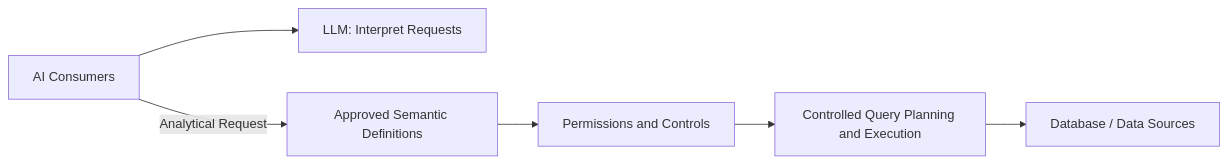
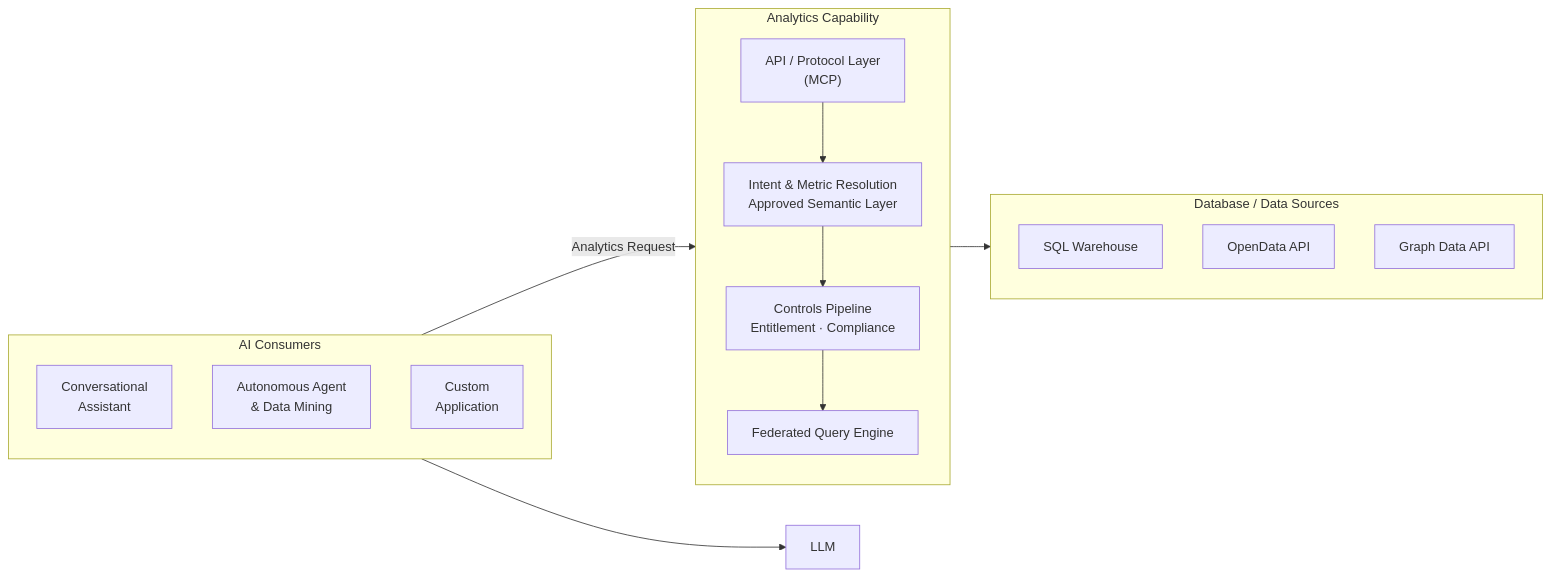
The second of 2 diagrams in docs/product/analytics/01-overview.md (M-A-Operating-System/shared-work), drawn with Mermaid before and after one commit. The commit also changed other lines of this file, not shown here.

Commit message:
docs: restore detailed overview comparison diagrams

````diff
--- a/docs/product/analytics/01-overview.md
+++ b/docs/product/analytics/01-overview.md
@@ -86,8 +103,29 @@
 ```mermaid
 flowchart LR
-    C["AI Consumers"] --> L["LLM: Interpret Requests"]
-    C -->|Analytical Request| S["Approved Semantic Definitions"]
-    S --> G["Permissions and Controls"]
-    G --> E["Controlled Query Planning and Execution"]
-    E --> D["Database / Data Sources"]
+    subgraph clients["AI Consumers"]
+        direction TB
+        C1["Conversational\nAssistant"]
+        C2["Autonomous Agent\n& Data Mining"]
+        C3["Custom\nApplication"]
+    end
+    L["LLM"]
+    subgraph platform["Analytics Capability"]
+        direction TB
+        M["API / Protocol Layer\n(MCP)"]
+        P1["Intent & Metric Resolution\nApproved Semantic Layer"]
+        P2["Controls Pipeline\nEntitlement · Compliance"]
+        P3["Federated Query Engine"]
+        M --> P1
+        P1 --> P2
+        P2 --> P3
+    end
+    subgraph data["Database / Data Sources"]
+        direction TB
+        D1["SQL Warehouse"]
+        D2["OpenData API"]
+        D3["Graph Data API"]
+    end
+    clients -->|Analytics Request| platform
+    clients --> L
+    platform --> data
 ```
````
